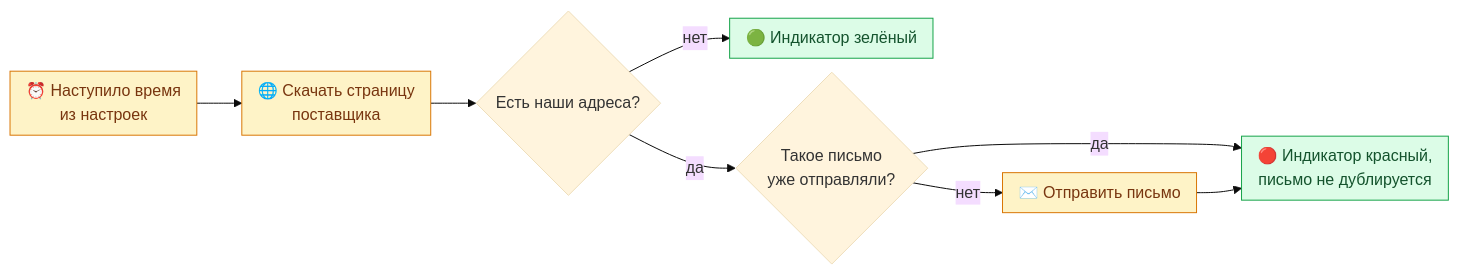
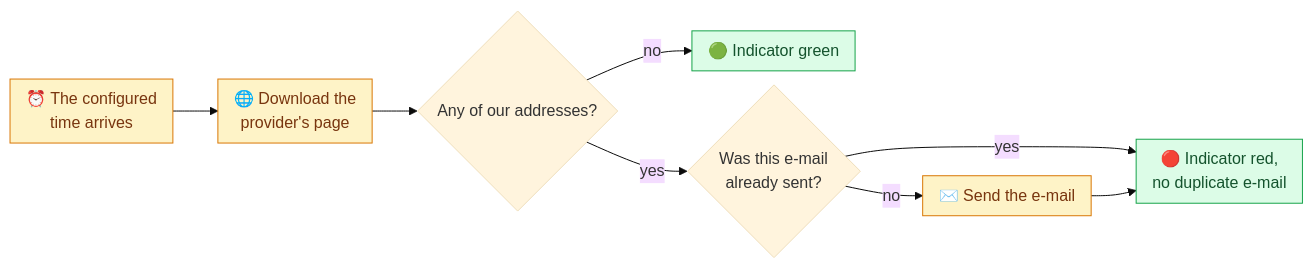
The second of 2 diagrams in docs/features/07-outages.md (Madly222/MCPforMonitoring), drawn with Mermaid (base theme) before and after one commit. The commit also changed other lines of this file and 37 other files, not shown here.

````diff
--- a/docs/features/07-outages.md
+++ b/docs/features/07-outages.md
@@ -46,13 +46,13 @@
 ```mermaid
 %%{init: {"flowchart": {"nodeSpacing": 14, "rankSpacing": 45, "curve": "basis", "padding": 8, "wrappingWidth": 260}}}%%
 flowchart LR
-    CLK["⏰ Наступило время<br/>из настроек"]:::auto --> GET["🌐 Скачать страницу<br/>поставщика"]:::auto
-    GET --> MATCH{"Есть наши адреса?"}
-    MATCH -- нет --> GREEN["🟢 Индикатор зелёный"]:::all
-    MATCH -- да --> DUP{"Такое письмо<br/>уже отправляли?"}
-    DUP -- да --> RED["🔴 Индикатор красный,<br/>письмо не дублируется"]:::all
-    DUP -- нет --> SEND["✉️ Отправить письмо"]:::auto --> RED
+    CLK["⏰ The configured<br/>time arrives"]:::auto --> GET["🌐 Download the<br/>provider's page"]:::auto
+    GET --> MATCH{"Any of our addresses?"}
+    MATCH -- no --> GREEN["🟢 Indicator green"]:::all
+    MATCH -- yes --> DUP{"Was this e-mail<br/>already sent?"}
+    DUP -- yes --> RED["🔴 Indicator red,<br/>no duplicate e-mail"]:::all
+    DUP -- no --> SEND["✉️ Send the e-mail"]:::auto --> RED
 
     classDef all  fill:#dcfce7,stroke:#16a34a,color:#14532d
     classDef auto fill:#fef3c7,stroke:#d97706,color:#78350f
 ```
````
